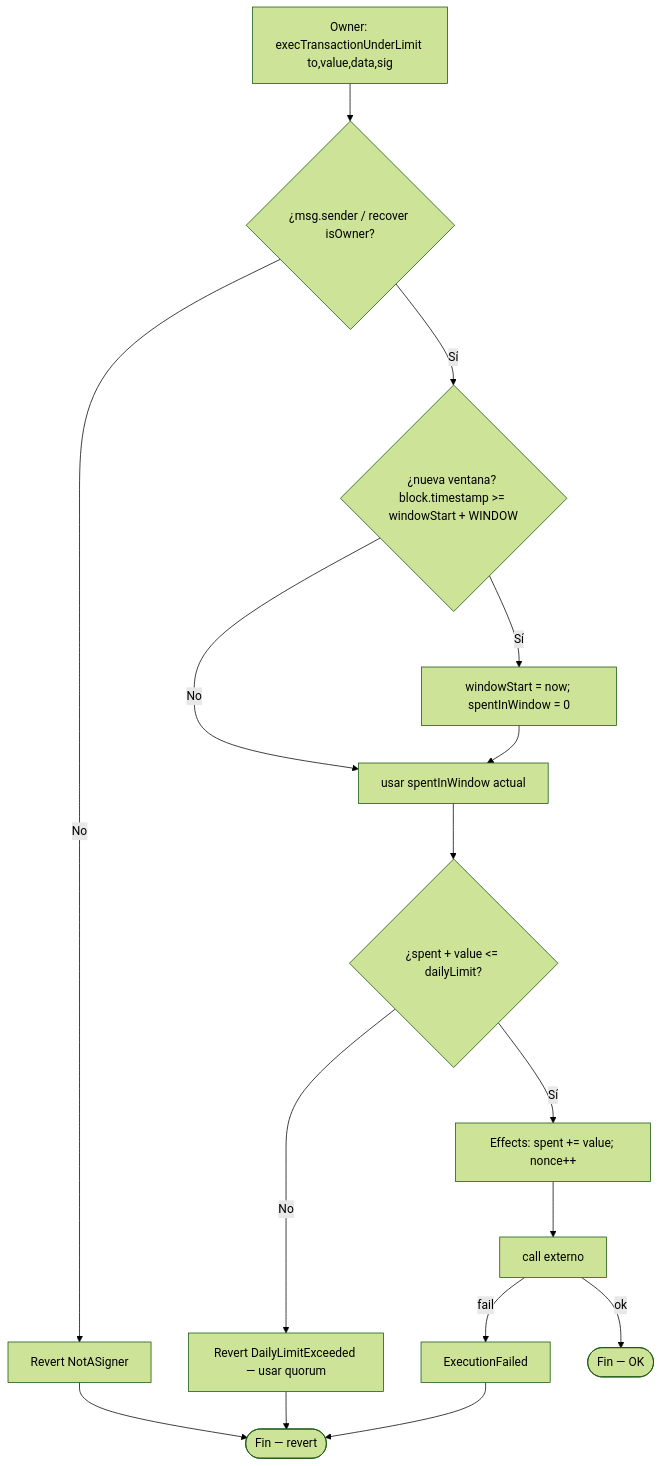
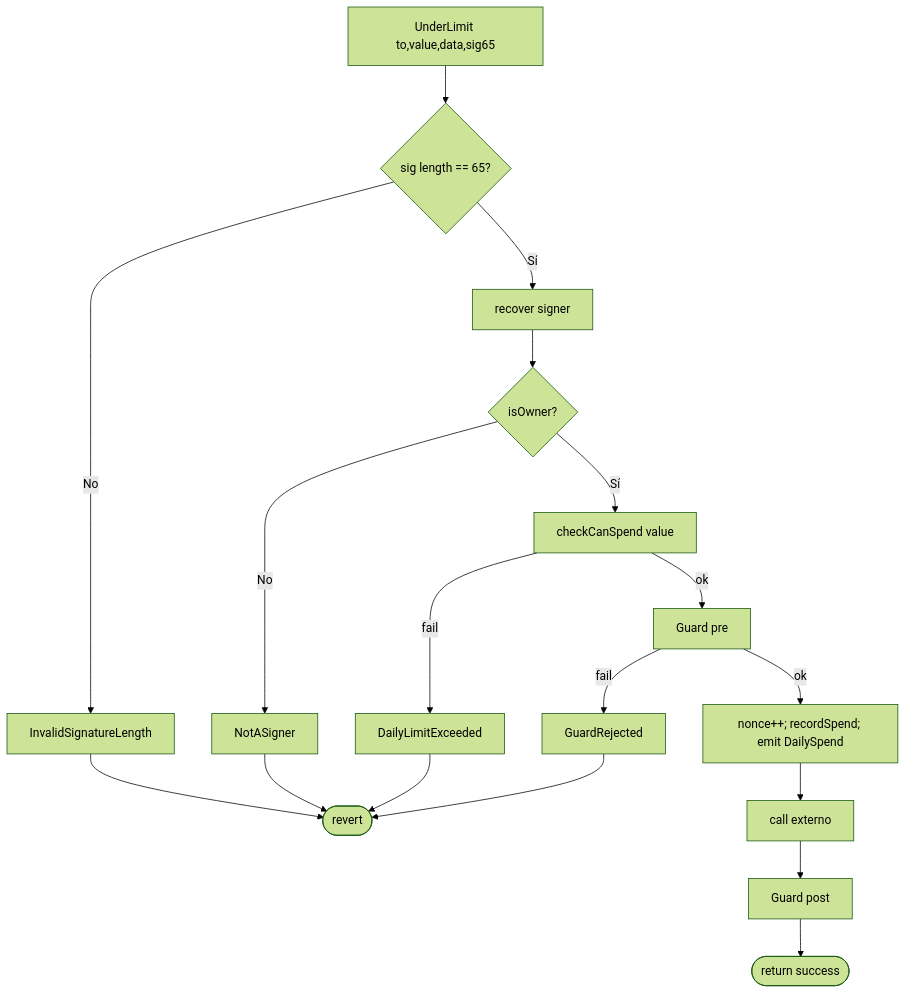
Before and after one commit to rastrahm/institutional-custody-mpc: the fourth of 6 diagrams in doc/diagrama-de-flujo.md, drawn with Mermaid (forest theme). The commit also changed other lines of this file and 12 other files, not shown here.

````diff
--- a/doc/diagrama-de-flujo.md
+++ b/doc/diagrama-de-flujo.md
@@ -85,18 +77,20 @@
 ```mermaid
 flowchart TD
-    A[Owner: execTransactionUnderLimit to,value,data,sig] --> B{¿msg.sender / recover isOwner?}
-    B -->|No| Z0[Revert NotASigner]
-    B -->|Sí| C{¿nueva ventana? block.timestamp >= windowStart + WINDOW}
-    C -->|Sí| D[windowStart = now; spentInWindow = 0]
-    C -->|No| E[usar spentInWindow actual]
-    D --> E
-    E --> F{¿spent + value <= dailyLimit?}
-    F -->|No| Z1[Revert DailyLimitExceeded — usar quorum]
-    F -->|Sí| G[Effects: spent += value; nonce++]
+    A[UnderLimit to,value,data,sig65] --> B{sig length == 65?}
+    B -->|No| Z0[InvalidSignatureLength]
+    B -->|Sí| C[recover signer]
+    C --> D{isOwner?}
+    D -->|No| Z1[NotASigner]
+    D -->|Sí| E[checkCanSpend value]
+    E -->|fail| Z2[DailyLimitExceeded]
+    E -->|ok| F[Guard pre]
+    F -->|fail| Z3[GuardRejected]
+    F -->|ok| G[nonce++; recordSpend; emit DailySpend]
     G --> H[call externo]
-    H -->|fail| Z2[ExecutionFailed]
-    H -->|ok| Ok([Fin — OK])
-    Z0 --> End([Fin — revert])
+    H --> I[Guard post]
+    I --> Ok([return success])
+    Z0 --> End([revert])
     Z1 --> End
     Z2 --> End
+    Z3 --> End
 ```
````
